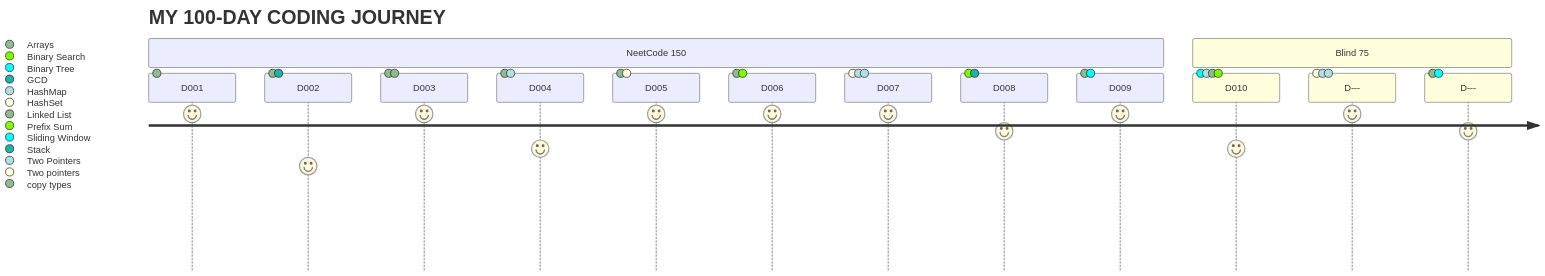
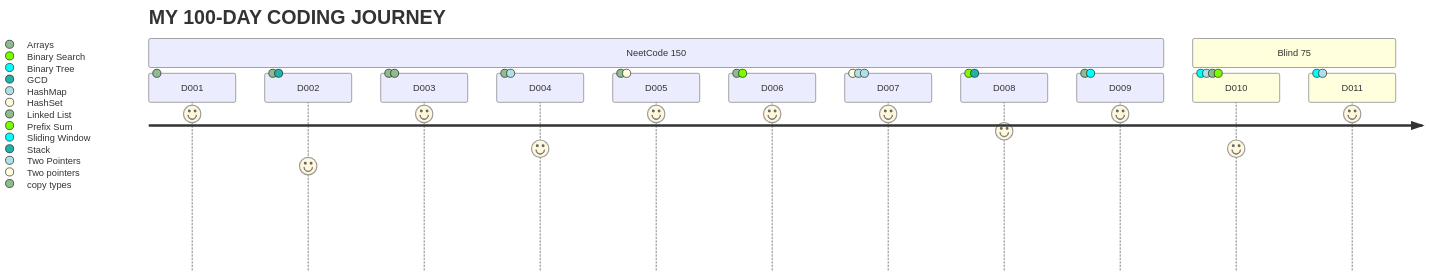
Before and after one commit to Edddush/100-days-of-code: the diagram in log.md, drawn with Mermaid. The commit also changed other lines of this file, not shown here.

````diff
--- a/log.md
+++ b/log.md
@@ -3,18 +3,17 @@
 ```mermaid
 journey
     title MY 100-DAY CODING JOURNEY
     section NeetCode 150
       D001: 9: Arrays
       D002: 6: Arrays, GCD
       D003: 9: Arrays, copy types
       D004: 7: Arrays, Two Pointers
       D005: 9: Arrays, Two pointers
       D006: 9: Arrays, Prefix Sum
       D007: 9: HashSet, HashMap, Two Pointers
       D008: 8: Binary Search, Stack
       D009: 9: Linked List, Sliding Window
     section Blind 75
       D010: 7: Binary Tree, HashMap, Linked List, Prefix Sum
-      D---: 9: HashSet, HashMap, Two Pointers
-      D---: 8: Linked List, Sliding Window
+      D011: 9: Binary Tree, Two Pointers
 ```
````
